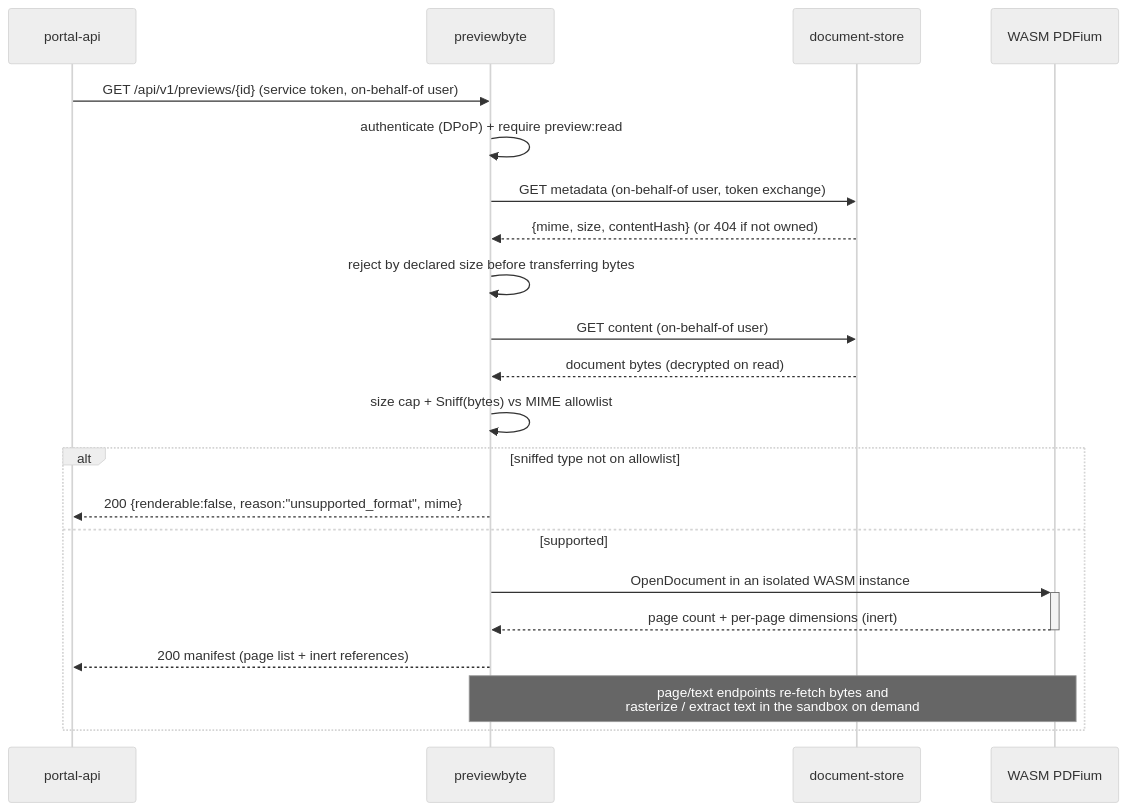
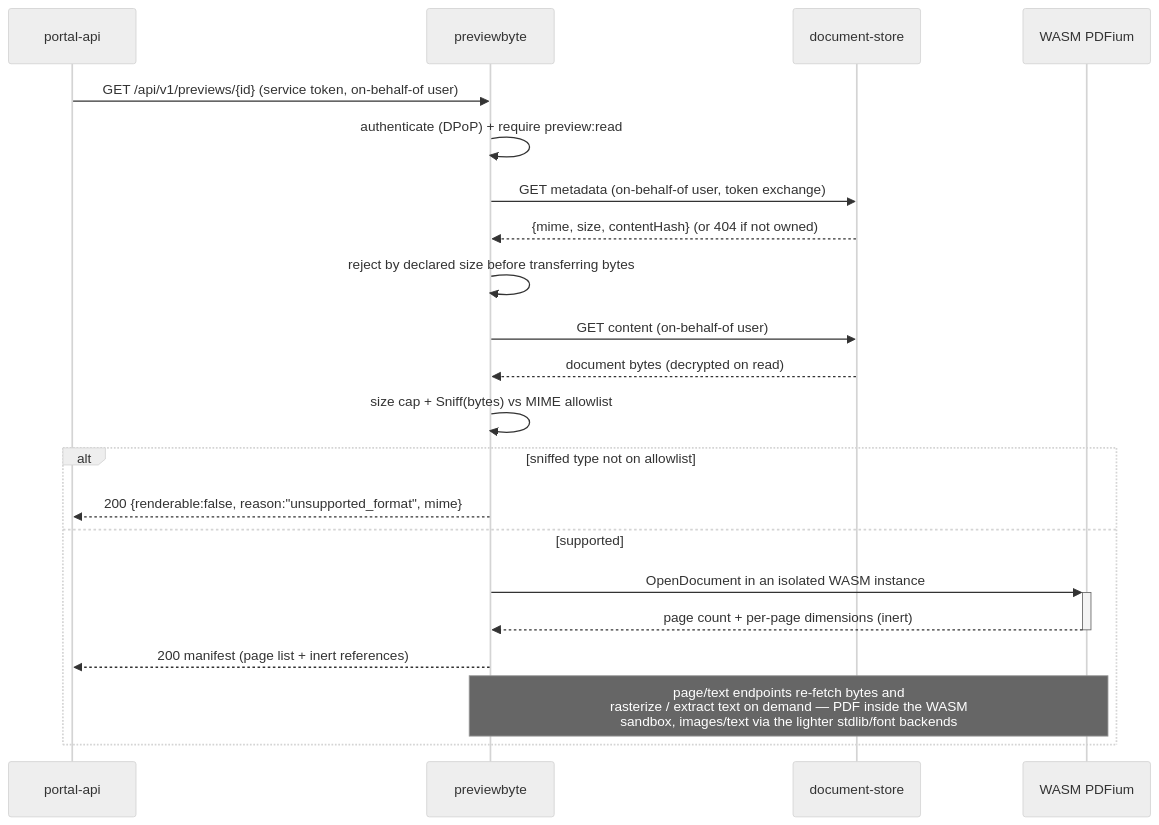
One commit to go-make-bytes/previewbyte changed the third of 3 diagrams in README.md. Above: the diagram before and after it, drawn with Mermaid (neutral theme). The commit also changed other lines of this file and 11 other files, not shown here.

````diff
--- a/README.md
+++ b/README.md
@@ -91,24 +99,24 @@
 ```mermaid
 sequenceDiagram
     participant BFF as portal-api
     participant PV as previewbyte
     participant DS as document-store
     participant W as WASM PDFium
 
     BFF->>PV: GET /api/v1/previews/{id} (service token, on-behalf-of user)
     PV->>PV: authenticate (DPoP) + require preview:read
     PV->>DS: GET metadata (on-behalf-of user, token exchange)
     DS-->>PV: {mime, size, contentHash} (or 404 if not owned)
     PV->>PV: reject by declared size before transferring bytes
     PV->>DS: GET content (on-behalf-of user)
     DS-->>PV: document bytes (decrypted on read)
     PV->>PV: size cap + Sniff(bytes) vs MIME allowlist
     alt sniffed type not on allowlist
         PV-->>BFF: 200 {renderable:false, reason:"unsupported_format", mime}
     else supported
         PV->>+W: OpenDocument in an isolated WASM instance
         W-->>-PV: page count + per-page dimensions (inert)
         PV-->>BFF: 200 manifest (page list + inert references)
-        Note over PV,W: page/text endpoints re-fetch bytes and<br/>rasterize / extract text in the sandbox on demand
+        Note over PV,W: page/text endpoints re-fetch bytes and<br/>rasterize / extract text on demand — PDF inside the WASM<br/>sandbox, images/text via the lighter stdlib/font backends
     end
 ```
````
